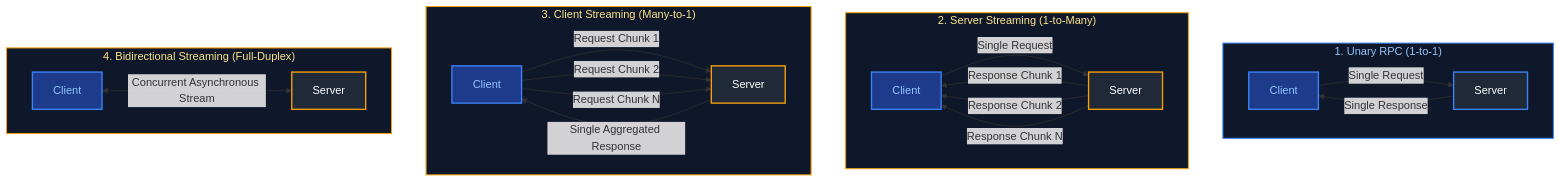
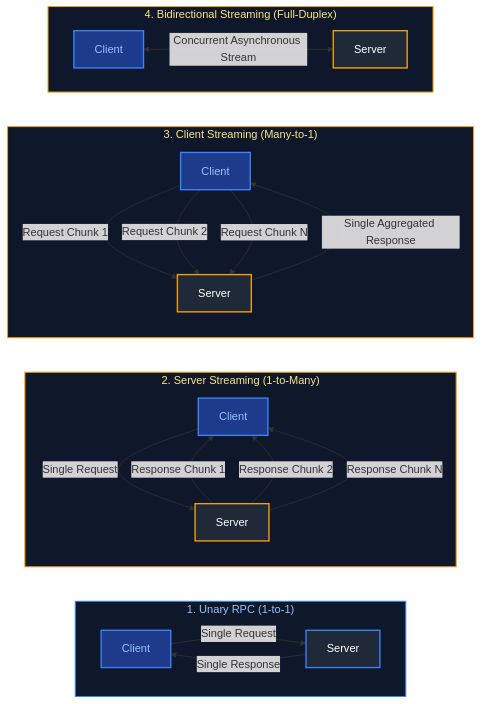
The seventh of 7 diagrams in Java Backend Engineering/08_spring_web_rest_apis.md (joydeep-biswas/Interview-Preparation), drawn with Mermaid before and after one commit. The commit also changed other lines of this file and 76 other files, not shown here.

Commit message:
Updated Charts

````diff
--- a/Java Backend Engineering/08_spring_web_rest_apis.md
+++ b/Java Backend Engineering/08_spring_web_rest_apis.md
@@ -811,39 +828,41 @@
 ```mermaid
-flowchart TD
+flowchart LR
     subgraph Mode1["1. Unary RPC (1-to-1)"]
+        direction LR
         C1["Client"] -->|Single Request| S1["Server"]
         S1 -->|Single Response| C1
     end
 
     subgraph Mode2["2. Server Streaming (1-to-Many)"]
         C2["Client"] -->|Single Request| S2["Server"]
         S2 -->|Response Chunk 1| C2
         S2 -->|Response Chunk 2| C2
         S2 -->|Response Chunk N| C2
     end
 
     subgraph Mode3["3. Client Streaming (Many-to-1)"]
         C3["Client"] -->|Request Chunk 1| S3["Server"]
         C3 -->|Request Chunk 2| S3
         C3 -->|Request Chunk N| S3
         S3 -->|Single Aggregated Response| C3
     end
 
     subgraph Mode4["4. Bidirectional Streaming (Full-Duplex)"]
+        direction LR
         C4["Client"] <-->|Concurrent Asynchronous Stream| S4["Server"]
     end
 
     style Mode1 fill:#0f172a,stroke:#3b82f6,stroke-width:1.5px,color:#93c5fd
     style Mode2 fill:#0f172a,stroke:#f59e0b,stroke-width:1.5px,color:#fde68a
     style Mode3 fill:#0f172a,stroke:#f59e0b,stroke-width:1.5px,color:#fde68a
     style Mode4 fill:#0f172a,stroke:#f59e0b,stroke-width:1.5px,color:#fde68a
 
     style C1 fill:#1e3a8a,stroke:#3b82f6,stroke-width:2px,color:#93c5fd
     style S1 fill:#1f2937,stroke:#3b82f6,stroke-width:2px,color:#fff
     style C2 fill:#1e3a8a,stroke:#3b82f6,stroke-width:2px,color:#93c5fd
     style S2 fill:#1f2937,stroke:#f59e0b,stroke-width:2px,color:#fff
     style C3 fill:#1e3a8a,stroke:#3b82f6,stroke-width:2px,color:#93c5fd
     style S3 fill:#1f2937,stroke:#f59e0b,stroke-width:2px,color:#fff
     style C4 fill:#1e3a8a,stroke:#3b82f6,stroke-width:2px,color:#93c5fd
     style S4 fill:#1f2937,stroke:#f59e0b,stroke-width:2px,color:#fff
 ```
````
